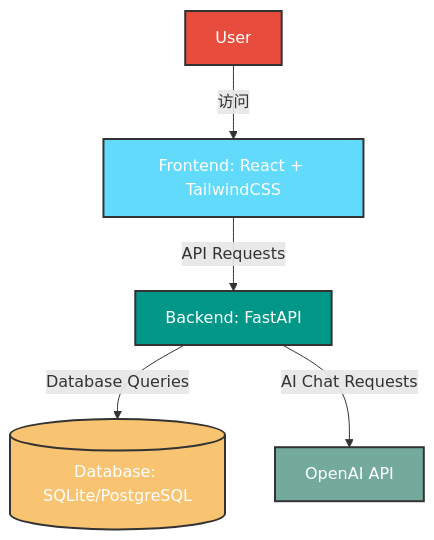
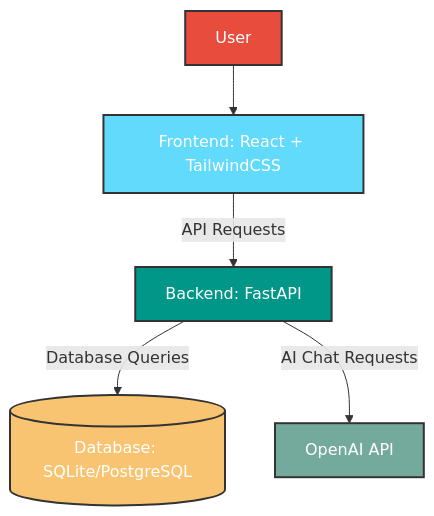
One commit to Amtilan/Wiki-Cyberpank2077 changed the first of 4 diagrams in README.md. Above: the diagram before and after it, drawn with Mermaid.

Commit message:
README.md

````diff
--- a/README.md
+++ b/README.md
@@ -24,13 +24,13 @@
 ```mermaid
 graph TD
     A[Frontend: React + TailwindCSS] -->|API Requests| B[Backend: FastAPI]
     B -->|Database Queries| C[(Database: SQLite/PostgreSQL)]
     B -->|AI Chat Requests| D[OpenAI API]
-    E[User] -->|访问| A
+    E[User] --> A
     
     style A fill:#61DAFB,stroke:#333,stroke-width:2px,color:#fff
     style B fill:#009688,stroke:#333,stroke-width:2px,color:#fff
     style C fill:#F8C471,stroke:#333,stroke-width:2px,color:#fff
     style D fill:#74AA9C,stroke:#333,stroke-width:2px,color:#fff
     style E fill:#E74C3C,stroke:#333,stroke-width:2px,color:#fff
 ```
````
